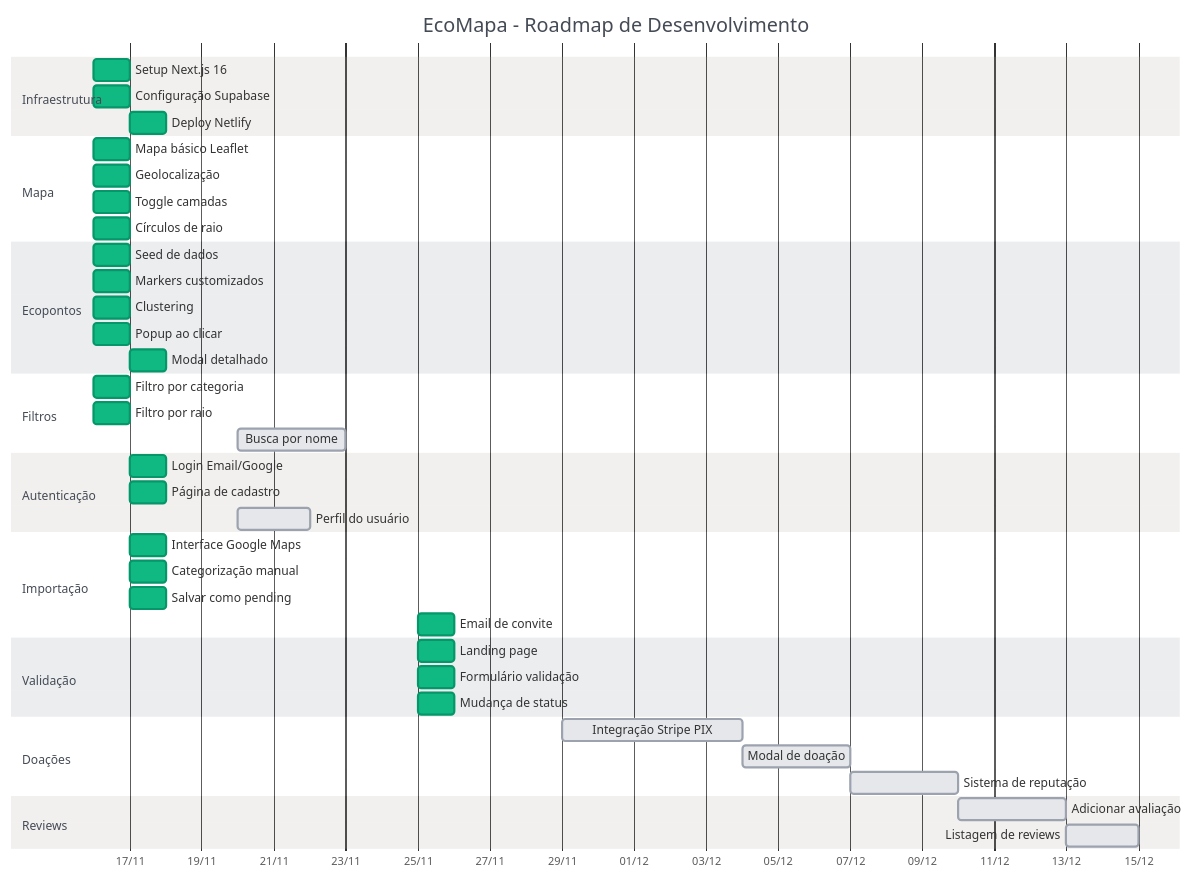
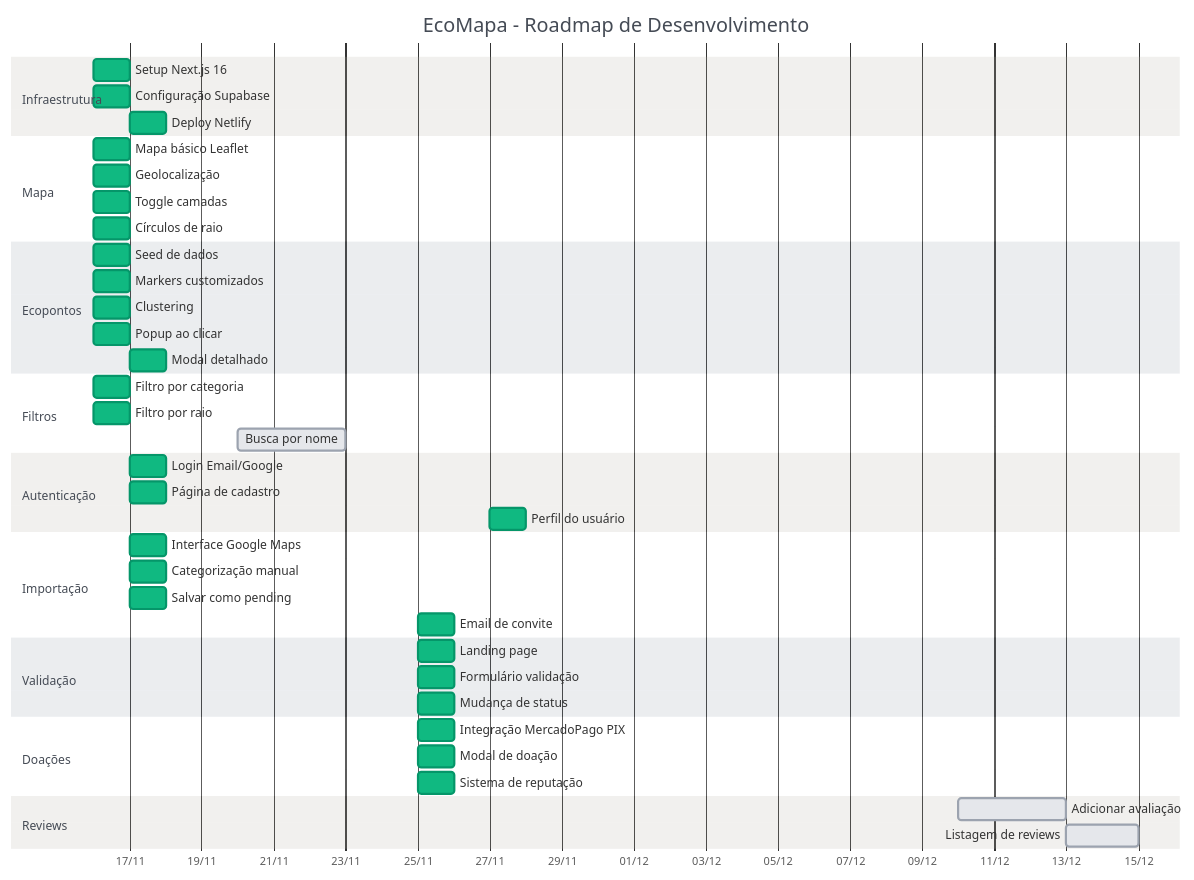
One commit to julioholon/ecomapa changed the diagram in TODO.md. Above: the diagram before and after it, drawn with Mermaid. The commit also changed other lines of this file and 1 other file, not shown here.

First line of the commit message:
feat: implement user profile page (P1-AUTH-003)

````diff
--- a/TODO.md
+++ b/TODO.md
@@ -1357,67 +1360,67 @@
 ```mermaid
 %%{init: {
   'theme': 'base',
   'themeVariables': {
     'primaryColor': '#9ca3af',
     'primaryBorderColor': '#6b7280',
     'doneTaskBkgColor': '#10b981',
     'doneTaskBorderColor': '#059669',
     'activeTaskBkgColor': '#3b82f6',
     'activeTaskBorderColor': '#2563eb',
     'taskBkgColor': '#e5e7eb',
     'taskBorderColor': '#9ca3af'
   }
 }}%%
 gantt
     title EcoMapa - Roadmap de Desenvolvimento
     dateFormat  YYYY-MM-DD
     axisFormat %d/%m
 
     section Infraestrutura
     Setup Next.js 16           :done, infra1, 2024-11-16, 1d
     Configuração Supabase      :done, infra2, 2024-11-16, 1d
     Deploy Netlify             :done, infra3, 2024-11-17, 1d
 
     section Mapa
     Mapa básico Leaflet        :done, map1, 2024-11-16, 1d
     Geolocalização             :done, map2, 2024-11-16, 1d
     Toggle camadas             :done, map3, 2024-11-16, 1d
     Círculos de raio           :done, map4, 2024-11-16, 1d
 
     section Ecopontos
     Seed de dados              :done, point1, 2024-11-16, 1d
     Markers customizados       :done, point2, 2024-11-16, 1d
     Clustering                 :done, point3, 2024-11-16, 1d
     Popup ao clicar            :done, point4, 2024-11-16, 1d
     Modal detalhado            :done, point5, 2024-11-17, 1d
 
     section Filtros
     Filtro por categoria       :done, filter1, 2024-11-16, 1d
     Filtro por raio            :done, filter2, 2024-11-16, 1d
     Busca por nome             :filter3, 2024-11-20, 3d
 
     section Autenticação
     Login Email/Google         :done, auth1, 2024-11-17, 1d
     Página de cadastro         :done, auth2, 2024-11-17, 1d
-    Perfil do usuário          :auth3, 2024-11-20, 2d
+    Perfil do usuário          :done, auth3, 2024-11-27, 1d
 
     section Importação
     Interface Google Maps      :done, import1, 2024-11-17, 1d
     Categorização manual       :done, import2, 2024-11-17, 1d
     Salvar como pending        :done, import3, 2024-11-17, 1d
     Email de convite           :done, import4, 2024-11-25, 1d
 
     section Validação
     Landing page               :done, valid1, 2024-11-25, 1d
     Formulário validação       :done, valid2, 2024-11-25, 1d
     Mudança de status          :done, valid3, 2024-11-25, 1d
 
     section Doações
-    Integração Stripe PIX      :donation1, 2024-11-29, 5d
-    Modal de doação            :donation2, 2024-12-04, 3d
-    Sistema de reputação       :donation3, 2024-12-07, 3d
+    Integração MercadoPago PIX :done, donation1, 2024-11-25, 1d
+    Modal de doação            :done, donation2, 2024-11-25, 1d
+    Sistema de reputação       :done, donation3, 2024-11-25, 1d
 
     section Reviews
     Adicionar avaliação        :review1, 2024-12-10, 3d
     Listagem de reviews        :review2, 2024-12-13, 2d
 ```
````
